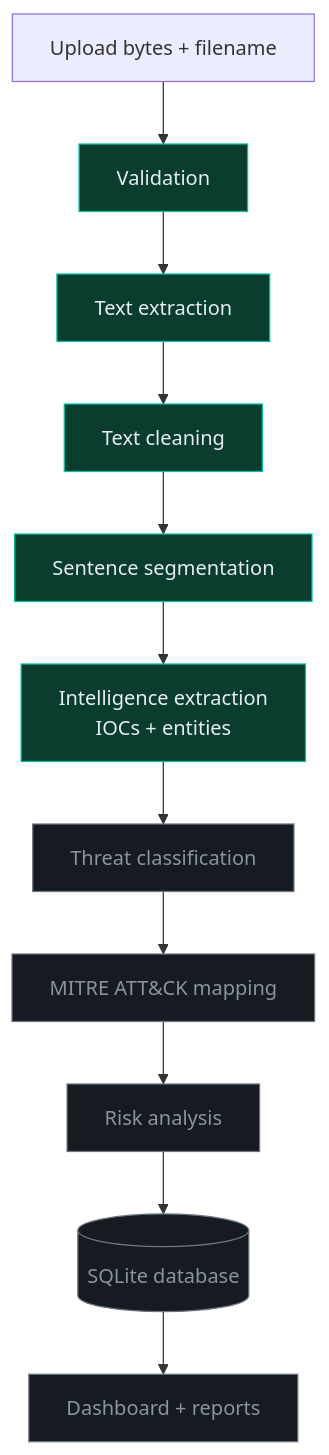
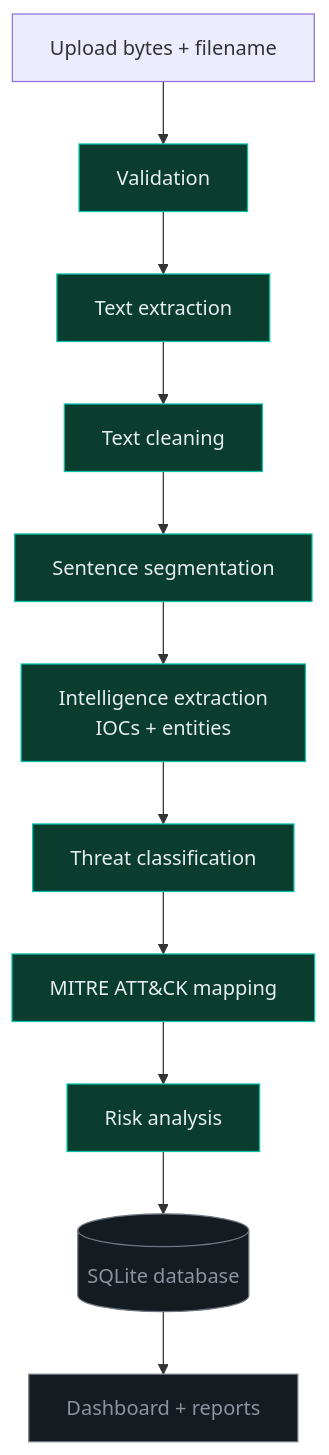
One commit to zainmatloob-cyber/CYBERSLEUTH changed the first of 2 diagrams in docs/architecture.md. Above: the diagram before and after it, drawn with Mermaid. The commit also changed other lines of this file and 17 other files, not shown here.

````diff
--- a/docs/architecture.md
+++ b/docs/architecture.md
@@ -8,18 +8,18 @@
 ```mermaid
 flowchart TD
     U[Upload bytes + filename] --> V[Validation]
     V --> X[Text extraction]
     X --> C[Text cleaning]
     C --> S[Sentence segmentation]
     S --> I[Intelligence extraction<br/>IOCs + entities]
     I --> T[Threat classification]
     T --> M[MITRE ATT&CK mapping]
     M --> R[Risk analysis]
     R --> D[(SQLite database)]
     D --> UI[Dashboard + reports]
 
     classDef done fill:#0b3d2e,stroke:#00c2a8,color:#e6edf3
     classDef todo fill:#161b22,stroke:#6e7681,color:#8b949e
-    class V,X,C,S,I done
-    class T,M,R,D,UI todo
+    class V,X,C,S,I,T,M,R done
+    class D,UI todo
 ```
````
